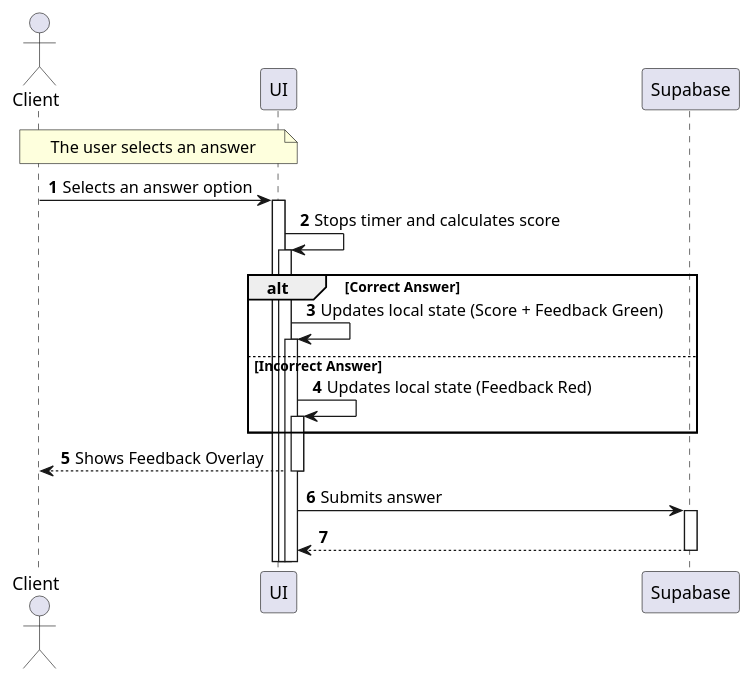
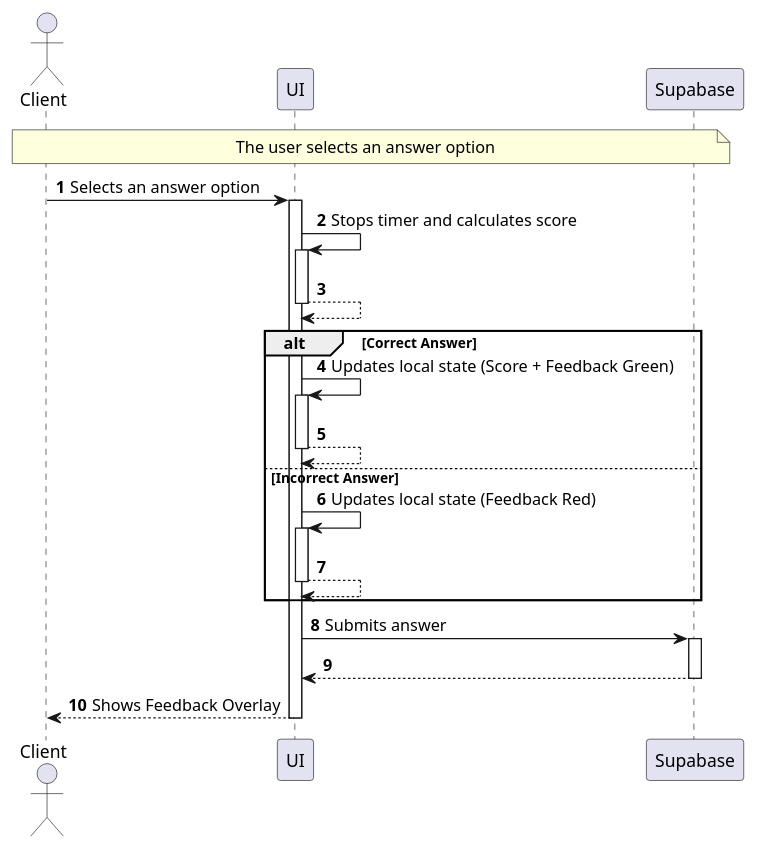
Before and after one commit to 8126Lucas/DSSMV_ProjectReact_1241131_1241008: the diagram in UMLs/puml/System Sequence Diagram/UCGS-SSD/UCGS1-SDD.puml, drawn with PlantUML. The commit also changed 6 other files, not shown here.

Commit message:
- Criação dos diagramas de sequência HPS1 e GS1 - Refatoração dos diagramas de sequência de sistema UCHPS1, UCLS1, UCLS2 e UCGS1 para maior clareza e precisão - Atualização do ficheiro de estado dos diagramas para refletir os novos diagramas e marcar outros como concluídos

```diff
--- a/UMLs/puml/System Sequence Diagram/UCGS-SSD/UCGS1-SDD.puml
+++ b/UMLs/puml/System Sequence Diagram/UCGS-SSD/UCGS1-SDD.puml
@@ -1,23 +1,25 @@
 @startuml
 autonumber
 autoactivate on
 
 actor "Client" as client
 participant "UI" as ui
 participant "Supabase" as supabase
 
-note over client, ui: The user selects an answer
+note over client, supabase: The user selects an answer option
 
 client -> ui: Selects an answer option
     ui -> ui: Stops timer and calculates score
-
+    ui --> ui
 alt Correct Answer
     ui -> ui: Updates local state (Score + Feedback Green)
+    ui --> ui
 else Incorrect Answer
     ui -> ui: Updates local state (Feedback Red)
+    ui --> ui
 end
-    ui --> client: Shows Feedback Overlay
     ui -> supabase: Submits answer
     supabase --> ui
+ui --> client: Shows Feedback Overlay
 
 @enduml
```
